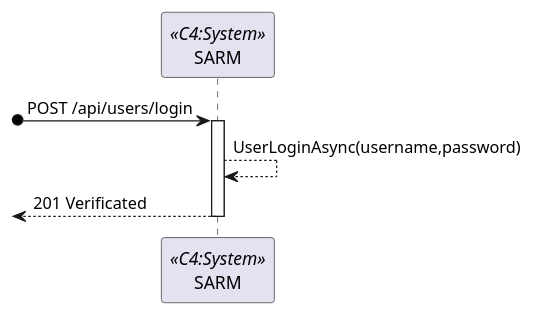
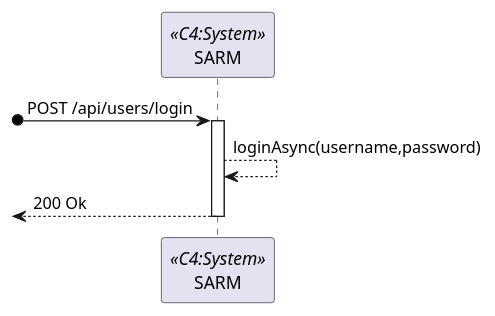
The diagram in docs/sprint-a/us-5.1.6/views/level2/process-view.puml (1220846/sem5pi-24-25-3ddg20), drawn with PlantUML before and after one commit. The commit also changed 2 other files, not shown here.

```diff
--- a/docs/sprint-a/us-5.1.6/views/level2/process-view.puml
+++ b/docs/sprint-a/us-5.1.6/views/level2/process-view.puml
@@ -1,12 +1,12 @@
 @startuml ssdlevel1
 
 participant SYS as "SARM" <<C4:System>>
 
 ?o->SYS:POST /api/users/login
 activate SYS
 
-    SYS-->SYS:UserLoginAsync(username,password)
+    SYS-->SYS:loginAsync(username,password)
 
-    <--SYS:201 Verificated
+    <--SYS:200 Ok
 deactivate SYS
 @enduml
```
